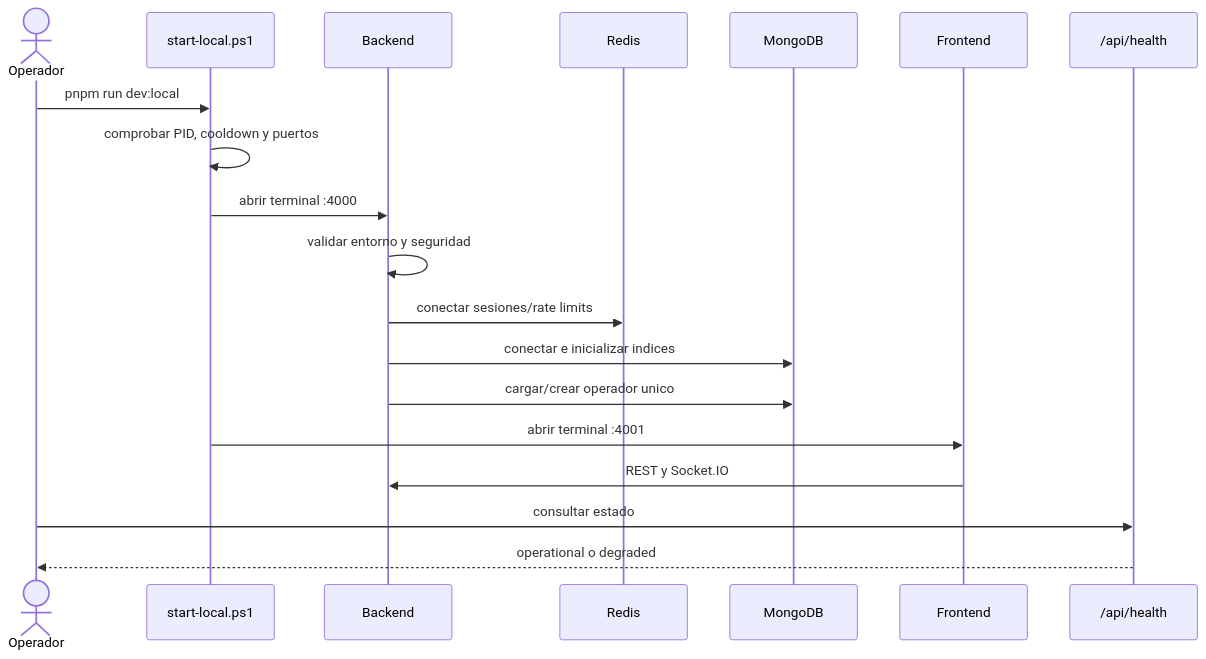
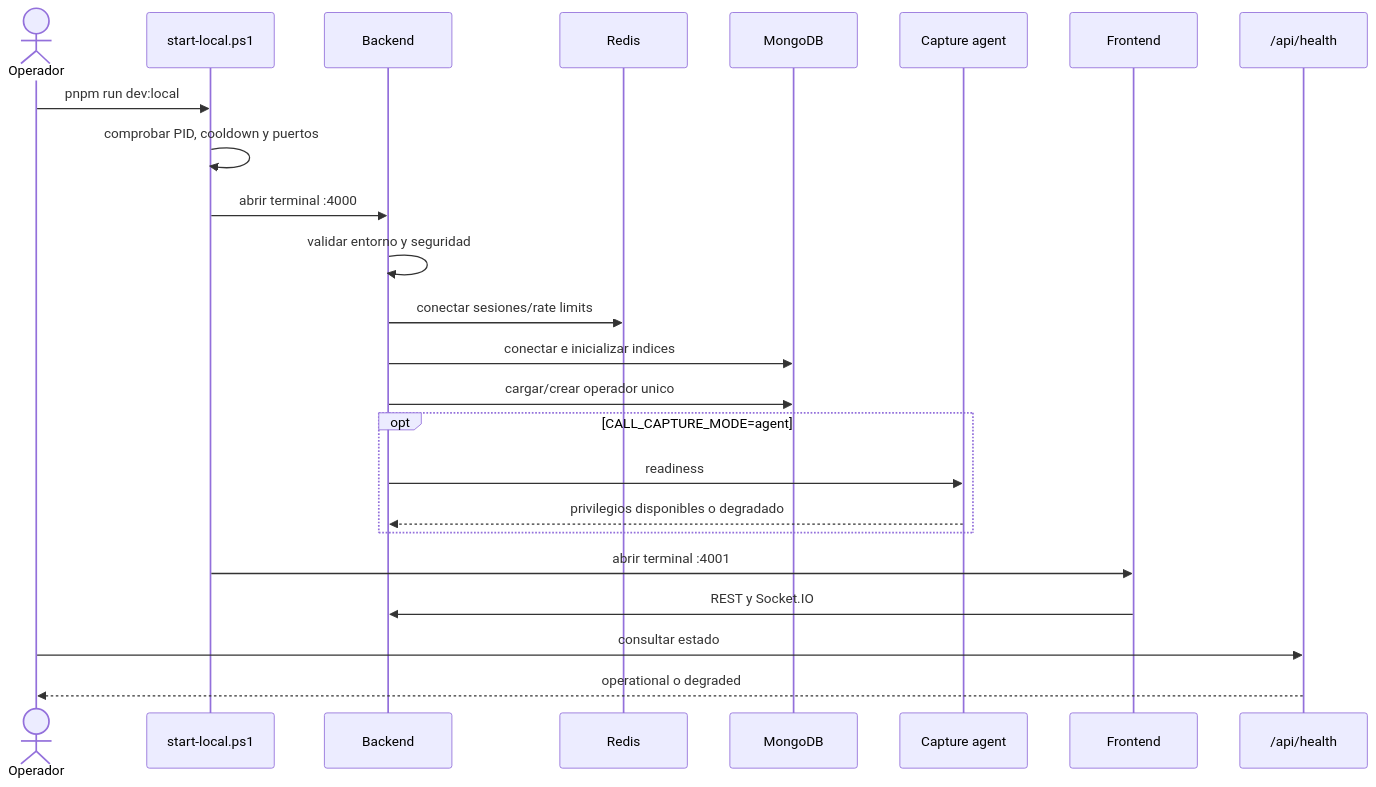
The diagram in docs/diagrams/04-startup-sequence.md (deco31416/wp-monitor), drawn with Mermaid before and after one commit. The commit also changed other lines of this file and 74 other files, not shown here.

````diff
--- a/docs/diagrams/04-startup-sequence.md
+++ b/docs/diagrams/04-startup-sequence.md
@@ -7,22 +7,27 @@
 ```mermaid
 sequenceDiagram
     actor Operator as Operador
     participant Script as start-local.ps1
     participant API as Backend
     participant Redis as Redis
     participant DB as MongoDB
+    participant Agent as Capture agent
     participant UI as Frontend
     participant Health as /api/health
 
     Operator->>Script: pnpm run dev:local
     Script->>Script: comprobar PID, cooldown y puertos
     Script->>API: abrir terminal :4000
     API->>API: validar entorno y seguridad
     API->>Redis: conectar sesiones/rate limits
     API->>DB: conectar e inicializar indices
     API->>DB: cargar/crear operador unico
+    opt CALL_CAPTURE_MODE=agent
+      API->>Agent: readiness
+      Agent-->>API: privilegios disponibles o degradado
+    end
     Script->>UI: abrir terminal :4001
     UI->>API: REST y Socket.IO
     Operator->>Health: consultar estado
     Health-->>Operator: operational o degraded
 ```
````
